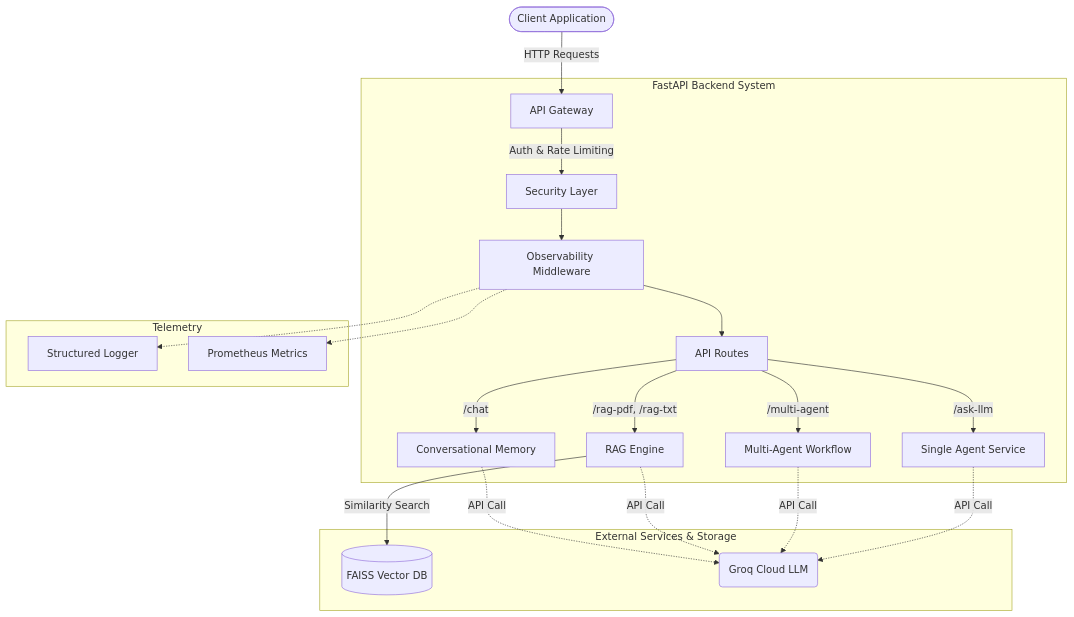
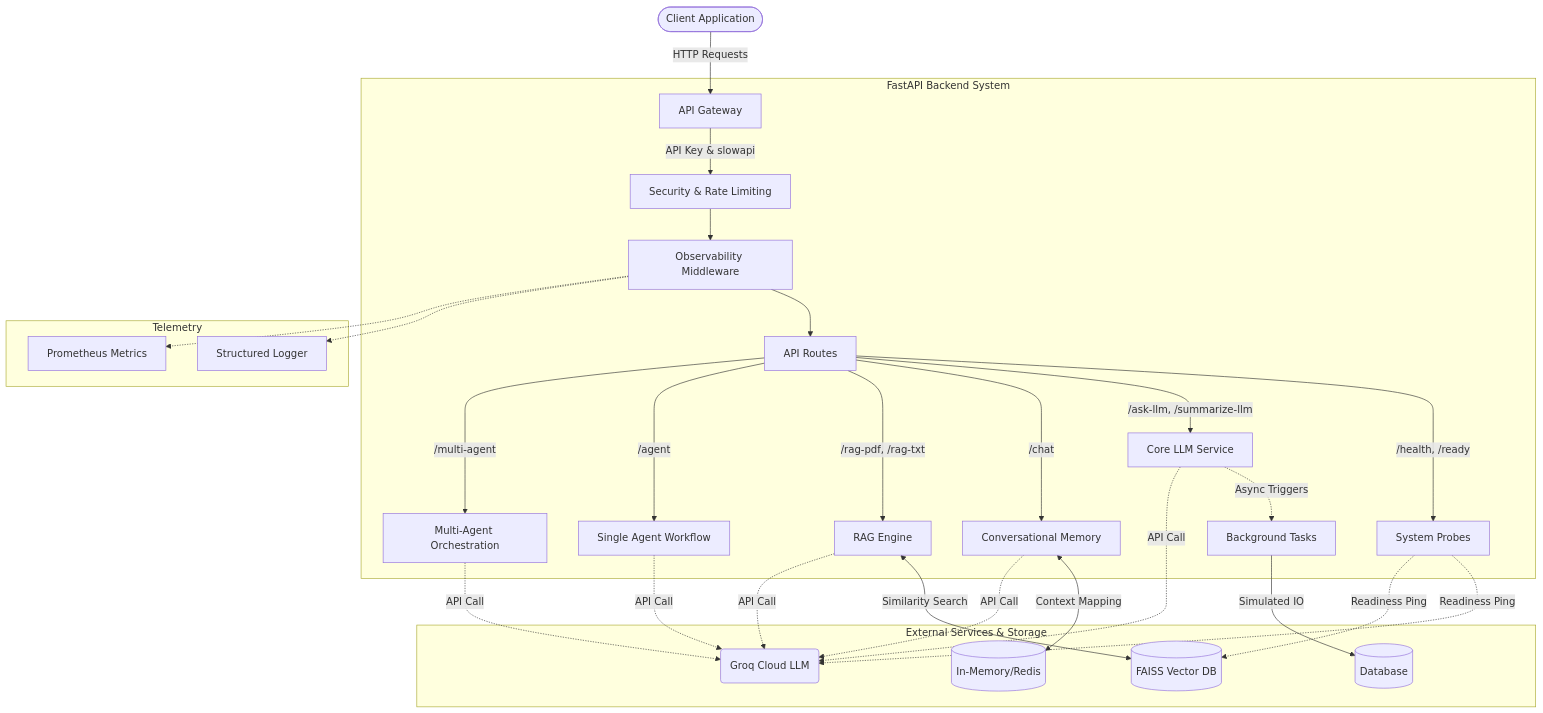
Before and after one commit to abhisheiksubramanian/Multi-Agent-AI-System: the diagram in README.md, drawn with Mermaid. The commit also changed 2 other files, not shown here.

Commit message:
README update

````diff
--- a/README.md
+++ b/README.md
@@ -23,28 +23,39 @@
 ```mermaid
 graph TD
     Client([Client Application]) -->|HTTP Requests| APIGateway
     
     subgraph FastAPI Backend System
-        APIGateway[API Gateway] -->|Auth & Rate Limiting| Security[Security Layer]
+        APIGateway[API Gateway] -->|API Key & slowapi| Security[Security & Rate Limiting]
         Security --> Middleware[Observability Middleware]
         Middleware --> Routes[API Routes]
         
-        Routes -->|/ask-llm| AgentService[Single Agent Service]
-        Routes -->|/multi-agent| MultiAgent[Multi-Agent Workflow]
+        Routes -->|/health, /ready| Probes[System Probes]
+        Routes -->|/ask-llm, /summarize-llm| CoreLLM[Core LLM Service]
+        Routes -->|/chat| Chat[Conversational Memory]
         Routes -->|/rag-pdf, /rag-txt| RAG[RAG Engine]
-        Routes -->|/chat| Memory[Conversational Memory]
+        Routes -->|/agent| SingleAgent[Single Agent Workflow]
+        Routes -->|/multi-agent| MultiAgent[Multi-Agent Orchestration]
+
+        CoreLLM -.->|Async Triggers| BGTasks[Background Tasks]
     end
     
     subgraph External Services & Storage
-        RAG -->|Similarity Search| FAISS[(FAISS Vector DB)]
-        AgentService -.->|API Call| Groq(Groq Cloud LLM)
+        RAG <-->|Similarity Search| FAISS[(FAISS Vector DB)]
+        Chat <-->|Context Mapping| StateStore[(In-Memory/Redis)]
+        BGTasks -->|Simulated IO| DB[(Database)]
+
+        CoreLLM -.->|API Call| Groq(Groq Cloud LLM)
+        SingleAgent -.->|API Call| Groq
         MultiAgent -.->|API Call| Groq
         RAG -.->|API Call| Groq
-        Memory -.->|API Call| Groq
+        Chat -.->|API Call| Groq
+
+        Probes -.->|Readiness Ping| Groq
+        Probes -.->|Readiness Ping| FAISS
     end
     
     subgraph Telemetry
         Middleware -.-> Logger[Structured Logger]
         Middleware -.-> Prom[Prometheus Metrics]
     end
 ```
````
